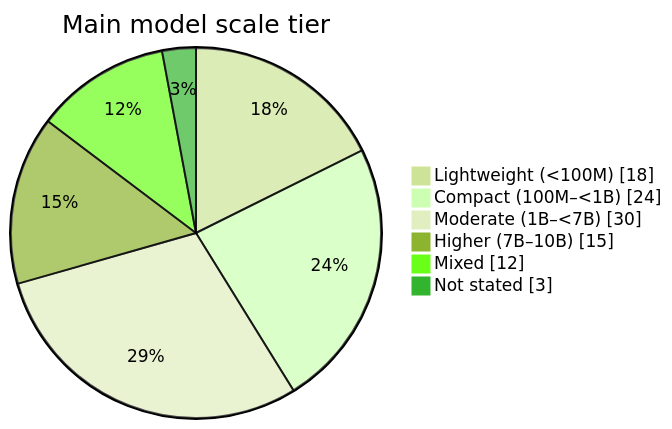
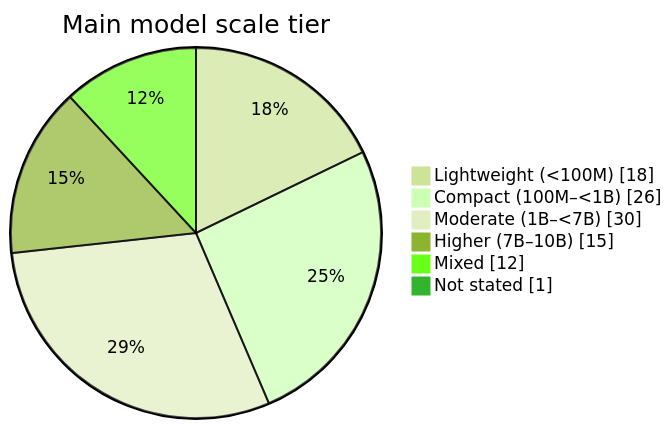
Before and after one commit to Codewithsayanjib/slm-systematic-review: the third of 3 diagrams in README.md, drawn with Mermaid (forest theme). The commit also changed other lines of this file and 1 other file, not shown here.

Commit message:
Update to the final article: reference numbers, model sizes and tiers, evaluation data, baseline and code columns, corrected links

````diff
--- a/README.md
+++ b/README.md
@@ -45,10 +45,10 @@
 ```mermaid
 pie showData
     title Main model scale tier
     "Lightweight (<100M)" : 18
-    "Compact (100M–<1B)" : 24
+    "Compact (100M–<1B)" : 26
     "Moderate (1B–<7B)" : 30
     "Higher (7B–10B)" : 15
     "Mixed" : 12
-    "Not stated" : 3
+    "Not stated" : 1
 ```
````
